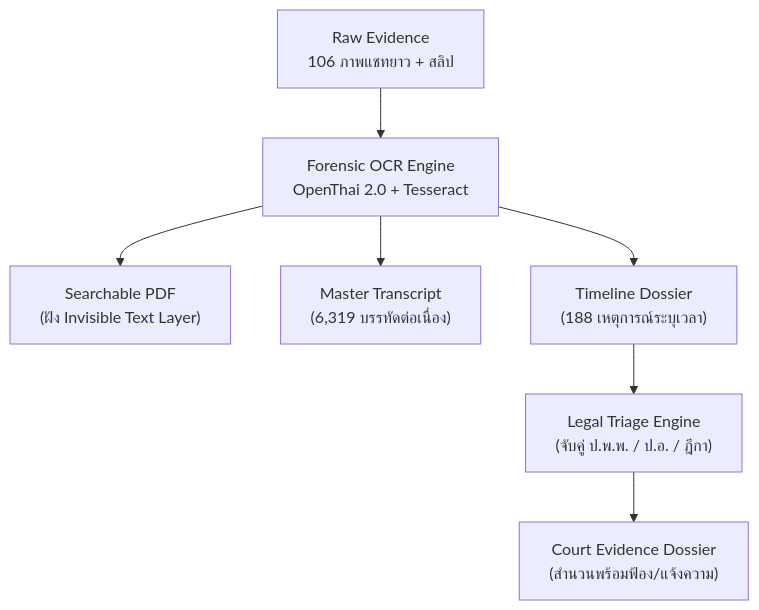
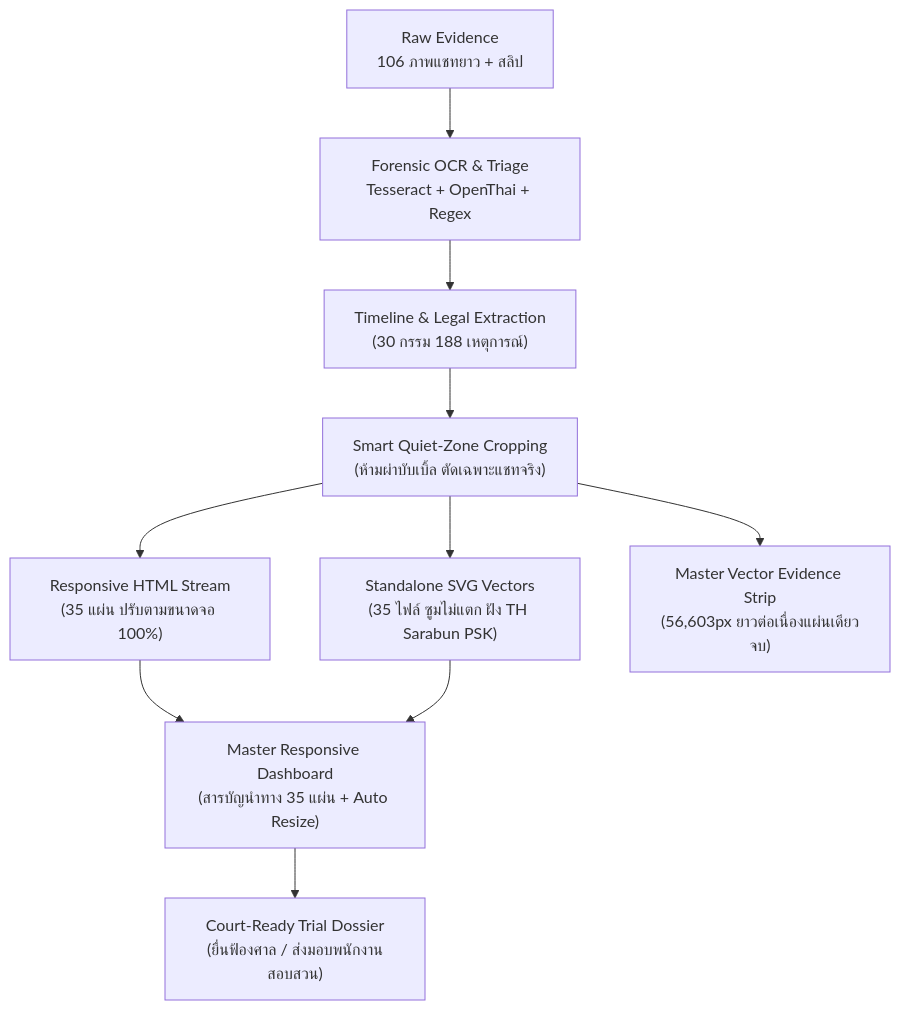
The diagram in Knowledge.md (palaside/RAG-Eviden), drawn with Mermaid before and after one commit. The commit also changed other lines of this file and 1 other file, not shown here.

Commit message:
docs: upgrade Knowledge.md to v2.0.0 with Vector Evidence & Responsive Stream architecture

````diff
--- a/Knowledge.md
+++ b/Knowledge.md
@@ -25,9 +27,11 @@
 ```mermaid
 flowchart TD
-    A["Raw Evidence<br/>106 ภาพแชทยาว + สลิป"] --> B["Forensic OCR Engine<br/>OpenThai 2.0 + Tesseract"]
-    B --> C1["Searchable PDF<br/>(ฝัง Invisible Text Layer)"]
-    B --> C2["Master Transcript<br/>(6,319 บรรทัดต่อเนื่อง)"]
-    B --> C3["Timeline Dossier<br/>(188 เหตุการณ์ระบุเวลา)"]
-    C3 --> D["Legal Triage Engine<br/>(จับคู่ ป.พ.พ. / ป.อ. / ฎีกา)"]
-    D --> E["Court Evidence Dossier<br/>(สำนวนพร้อมฟ้อง/แจ้งความ)"]
+    A["Raw Evidence<br/>106 ภาพแชทยาว + สลิป"] --> B["Forensic OCR & Triage<br/>Tesseract + OpenThai + Regex"]
+    B --> C1["Timeline & Legal Extraction<br/>(30 กรรม 188 เหตุการณ์)"]
+    C1 --> C2["Smart Quiet-Zone Cropping<br/>(ห้ามผ่าบับเบิ้ล ตัดเฉพาะแชทจริง)"]
+    C2 --> D1["Responsive HTML Stream<br/>(35 แผ่น ปรับตามขนาดจอ 100%)"]
+    C2 --> D2["Standalone SVG Vectors<br/>(35 ไฟล์ ซูมไม่แตก ฝัง TH Sarabun PSK)"]
+    C2 --> D3["Master Vector Evidence Strip<br/>(56,603px ยาวต่อเนื่องแผ่นเดียวจบ)"]
+    D1 & D2 --> E["Master Responsive Dashboard<br/>(สารบัญนำทาง 35 แผ่น + Auto Resize)"]
+    E --> F["Court-Ready Trial Dossier<br/>(ยื่นฟ้องศาล / ส่งมอบพนักงานสอบสวน)"]
 ```
````
